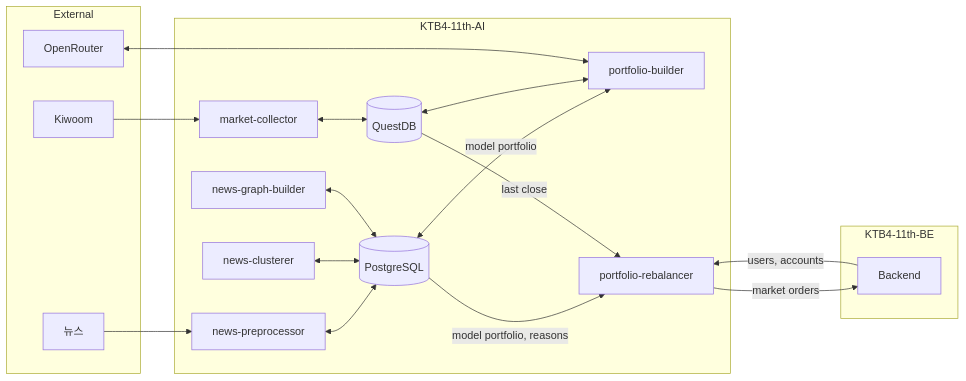
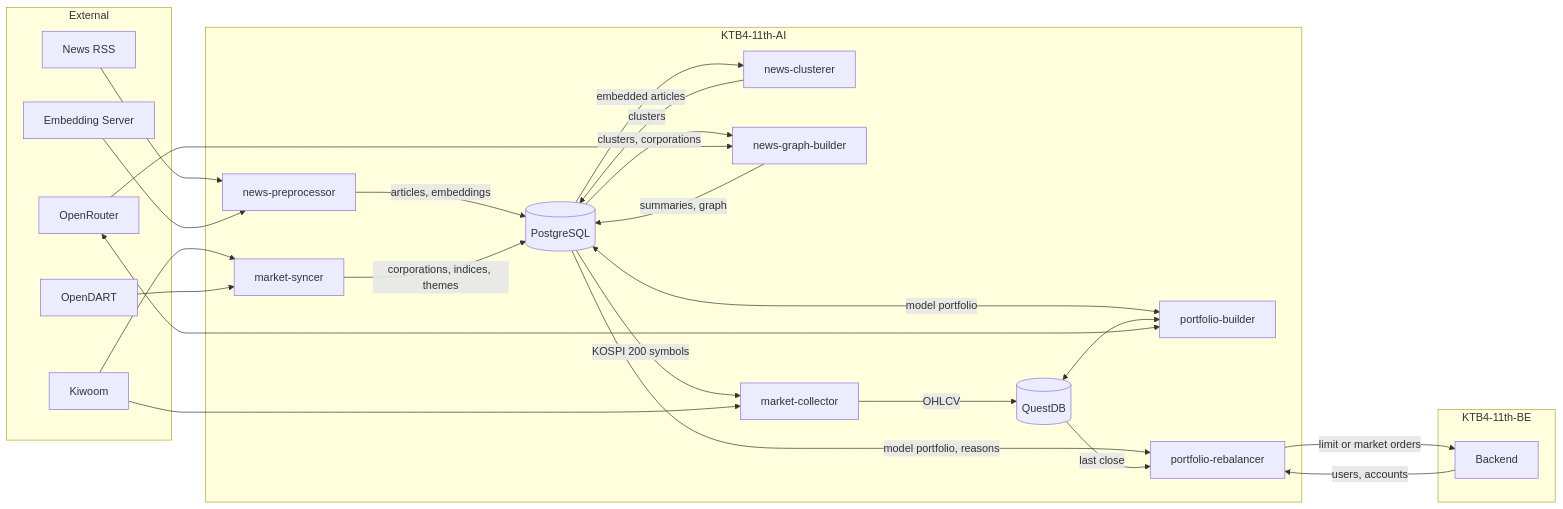
One commit to 100-hours-a-week/KTB4-11th-AI changed the first of 3 diagrams in README.md. Above: the diagram before and after it, drawn with Mermaid. The commit also changed other lines of this file, not shown here.

````diff
--- a/README.md
+++ b/README.md
@@ -12,41 +7,52 @@
 ```mermaid
 flowchart LR
     subgraph EXT["External"]
-        NEWS["뉴스"]
+        NEWS["News RSS"]
         KIWOOM["Kiwoom"]
+        DART["OpenDART"]
+        EMB["Embedding Server"]
         OPENROUTER["OpenRouter"]
     end
 
     subgraph AI["KTB4-11th-AI"]
         NP["news-preprocessor"]
         NC["news-clusterer"]
+        MS["market-syncer"]
         NGB["news-graph-builder"]
         MC["market-collector"]
         PB["portfolio-builder"]
         PR["portfolio-rebalancer"]
-
         PG[("PostgreSQL")]
         QDB[("QuestDB")]
     end
 
     subgraph BACKEND["KTB4-11th-BE"]
         BE["Backend"]
     end
 
     NEWS --> NP
-    NP <--> PG
-    NC <--> PG
-    NGB <--> PG
+    EMB --> NP
+    NP -->|articles, embeddings| PG
+    PG -->|embedded articles| NC
+    NC -->|clusters| PG
 
+    KIWOOM --> MS
+    DART --> MS
+    MS -->|corporations, indices, themes| PG
+    PG -->|clusters, corporations| NGB
+    OPENROUTER --> NGB
+    NGB -->|summaries, graph| PG
+
+    PG -->|KOSPI 200 symbols| MC
     KIWOOM --> MC
-    MC <--> QDB
+    MC -->|OHLCV| QDB
 
     PG <-->|model portfolio| PB
     QDB <--> PB
     OPENROUTER <--> PB
 
     PG -->|model portfolio, reasons| PR
     QDB -->|last close| PR
     BE -->|users, accounts| PR
-    PR -->|market orders| BE
+    PR -->|limit or market orders| BE
 ```
````
